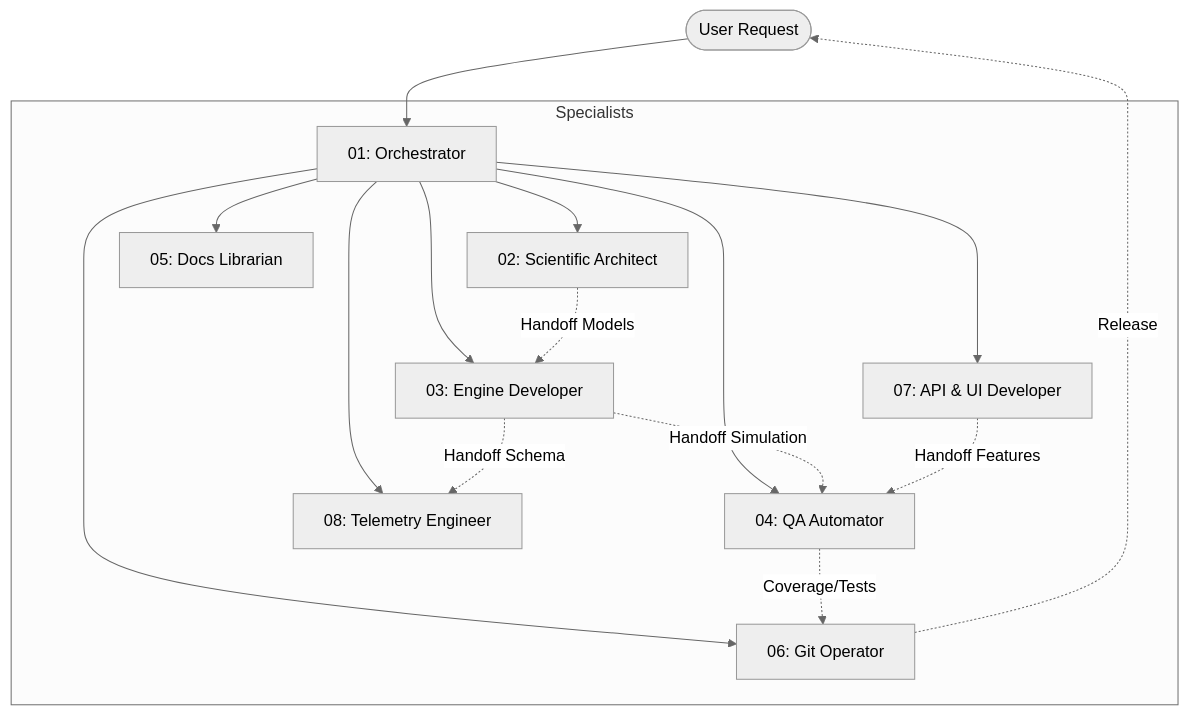
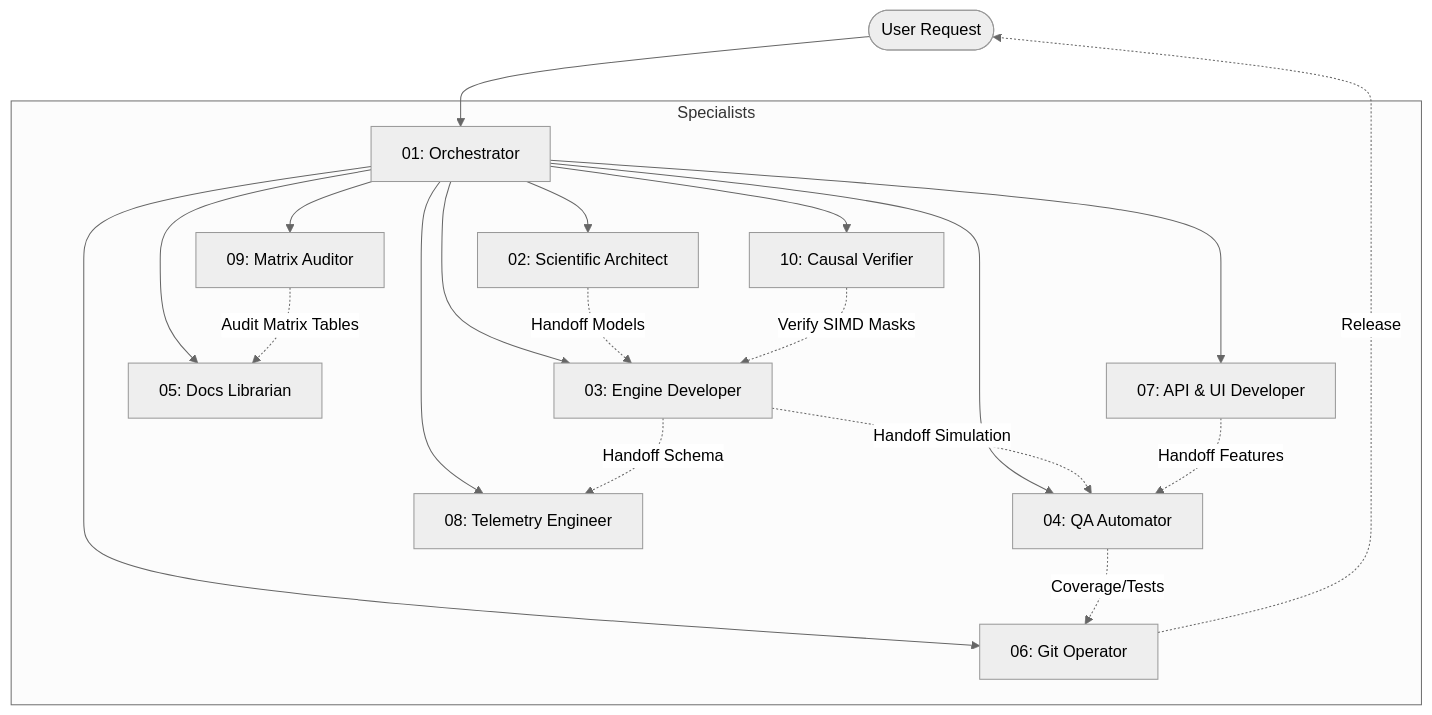
The first of 3 diagrams in .agents/README.md (foersben/PHIDS), drawn with Mermaid (neutral theme) before and after one commit. The commit also changed other lines of this file and 2 other files, not shown here.

Commit message:
docs: update READMEs with Data-Flow Matrix links, agent roles, and test maps

````diff
--- a/.agents/README.md
+++ b/.agents/README.md
@@ -29,21 +29,25 @@
 ```mermaid
 graph TD
     User([User Request]) --> Orch[01: Orchestrator]
 
     subgraph Specialists
         Orch --> Sci[02: Scientific Architect]
         Orch --> Eng[03: Engine Developer]
         Orch --> QA[04: QA Automator]
         Orch --> Docs[05: Docs Librarian]
         Orch --> Git[06: Git Operator]
         Orch --> API[07: API & UI Developer]
         Orch --> Tel[08: Telemetry Engineer]
+        Orch --> Aud[09: Matrix Auditor]
+        Orch --> Caus[10: Causal Verifier]
     end
 
     Sci -.->|Handoff Models| Eng
     Eng -.->|Handoff Simulation| QA
     Eng -.->|Handoff Schema| Tel
     API -.->|Handoff Features| QA
     QA -.->|Coverage/Tests| Git
+    Aud -.->|Audit Matrix Tables| Docs
+    Caus -.->|Verify SIMD Masks| Eng
     Git -.->|Release| User
 ```
````
